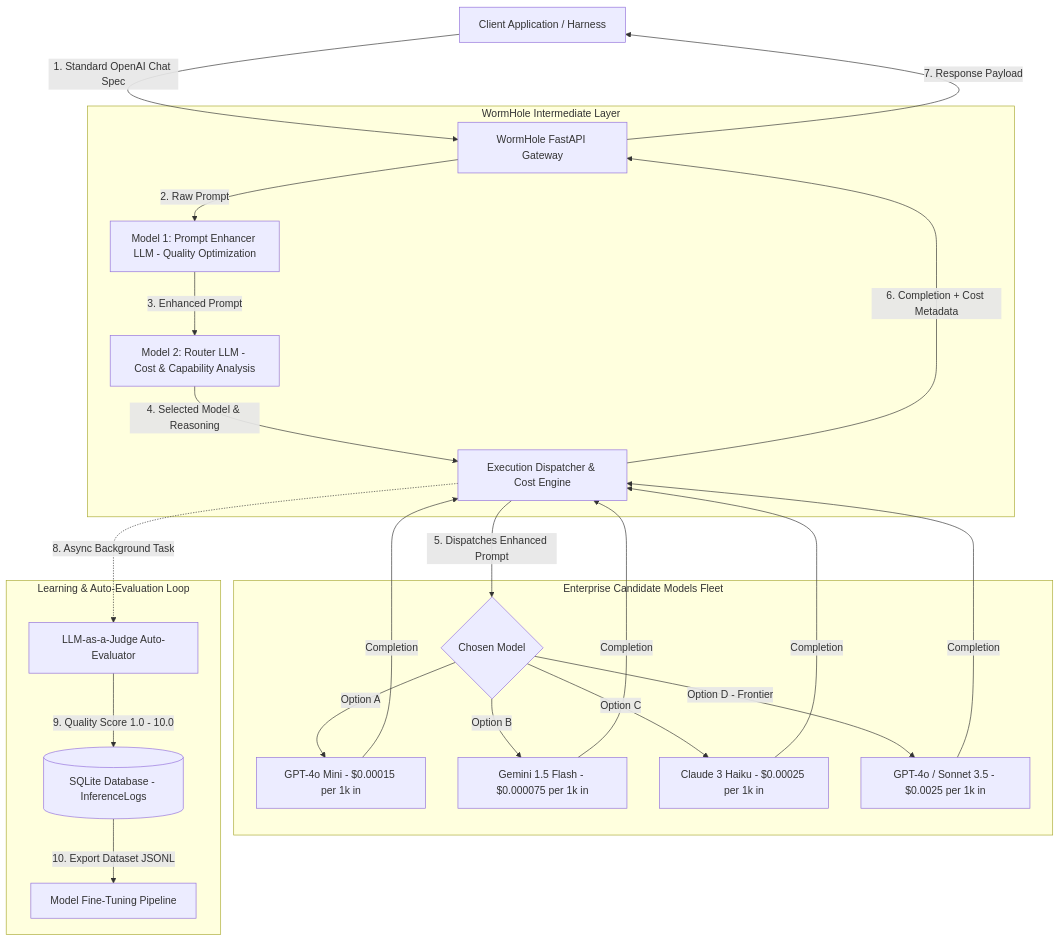
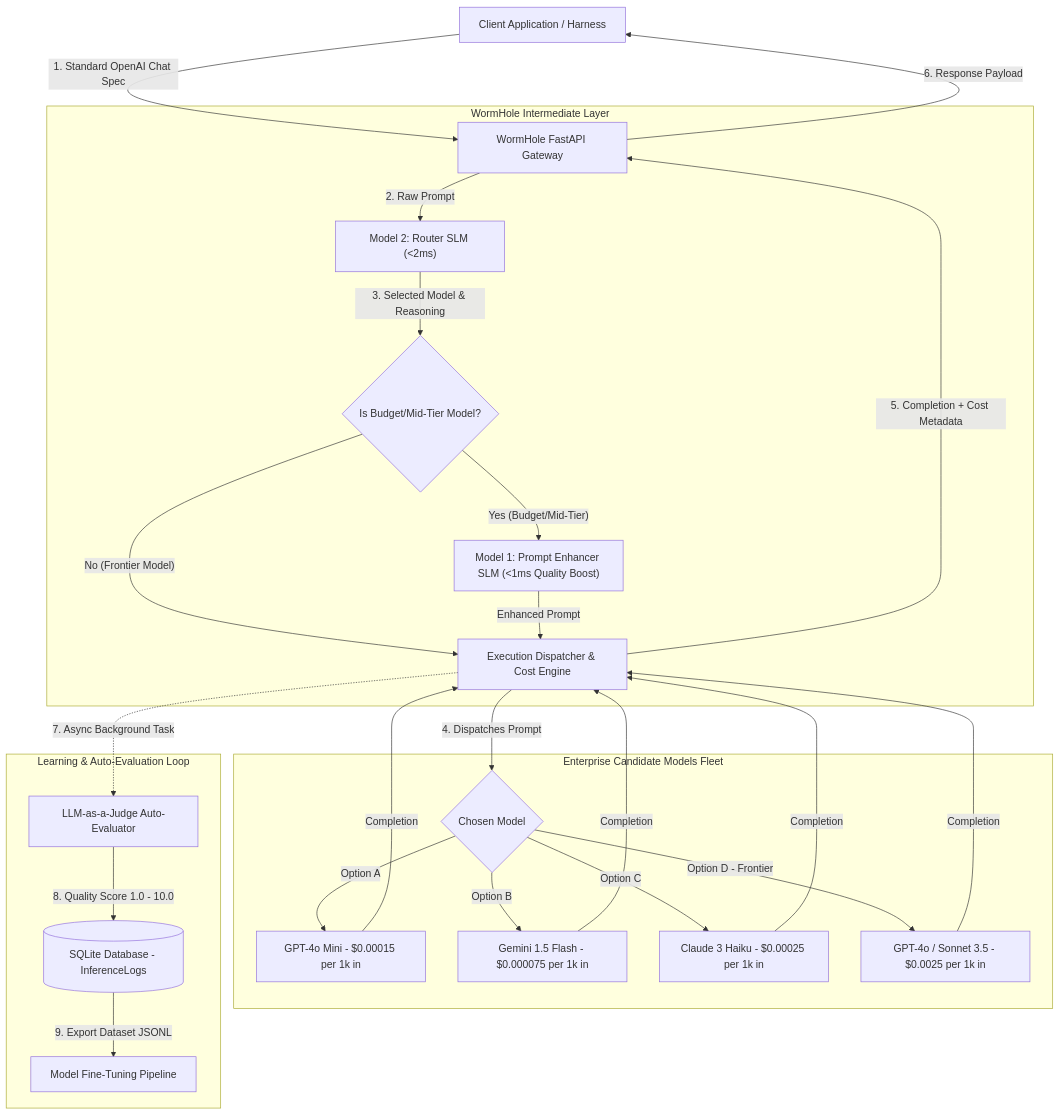
The diagram in README.md (vencat2025/Wormhole), drawn with Mermaid before and after one commit. The commit also changed other lines of this file and 2 other files, not shown here.

Commit message:
refactor: implement selective prompt enhancement pipeline (route first, enhance only for budget/mid-tier models)

````diff
--- a/README.md
+++ b/README.md
@@ -15,37 +15,39 @@
 ```mermaid
 graph TD
     %% Client & Gateway
     Client["Client Application / Harness"] -->|"1. Standard OpenAI Chat Spec"| GW["WormHole FastAPI Gateway"]
     
     %% Intermediate Layer
     subgraph Intermediate ["WormHole Intermediate Layer"]
-        GW -->|"2. Raw Prompt"| Enhancer["Model 1: Prompt Enhancer LLM - Quality Optimization"]
-        Enhancer -->|"3. Enhanced Prompt"| Router["Model 2: Router LLM - Cost & Capability Analysis"]
-        Router -->|"4. Selected Model & Reasoning"| Dispatcher["Execution Dispatcher & Cost Engine"]
+        GW -->|"2. Raw Prompt"| Router["Model 2: Router SLM (<2ms)"]
+        Router -->|"3. Selected Model & Reasoning"| Decision{"Is Budget/Mid-Tier Model?"}
+        Decision -->|"Yes (Budget/Mid-Tier)"| Enhancer["Model 1: Prompt Enhancer SLM (<1ms Quality Boost)"]
+        Decision -->|"No (Frontier Model)"| Dispatcher["Execution Dispatcher & Cost Engine"]
+        Enhancer -->|"Enhanced Prompt"| Dispatcher
     end
     
     %% Target LLMs Fleet
     subgraph EnterpriseFleet ["Enterprise Candidate Models Fleet"]
-        Dispatcher -->|"5. Dispatches Enhanced Prompt"| Downstream{"Chosen Model"}
+        Dispatcher -->|"4. Dispatches Prompt"| Downstream{"Chosen Model"}
         Downstream -->|"Option A"| GPT4oMini["GPT-4o Mini - $0.00015 per 1k in"]
         Downstream -->|"Option B"| Flash["Gemini 1.5 Flash - $0.000075 per 1k in"]
         Downstream -->|"Option C"| Haiku["Claude 3 Haiku - $0.00025 per 1k in"]
         Downstream -->|"Option D - Frontier"| GPT4o["GPT-4o / Sonnet 3.5 - $0.0025 per 1k in"]
     end
 
     %% Response Delivery
     GPT4oMini -->|"Completion"| Dispatcher
     Flash -->|"Completion"| Dispatcher
     Haiku -->|"Completion"| Dispatcher
     GPT4o -->|"Completion"| Dispatcher
     
-    Dispatcher -->|"6. Completion + Cost Metadata"| GW
-    GW -->|"7. Response Payload"| Client
+    Dispatcher -->|"5. Completion + Cost Metadata"| GW
+    GW -->|"6. Response Payload"| Client
 
     %% Async Feedback & Training Loop
     subgraph FeedbackLoop ["Learning & Auto-Evaluation Loop"]
-        Dispatcher -.->|"8. Async Background Task"| Judge["LLM-as-a-Judge Auto-Evaluator"]
-        Judge -->|"9. Quality Score 1.0 - 10.0"| DB[("SQLite Database - InferenceLogs")]
-        DB -->|"10. Export Dataset JSONL"| FineTuning["Model Fine-Tuning Pipeline"]
+        Dispatcher -.->|"7. Async Background Task"| Judge["LLM-as-a-Judge Auto-Evaluator"]
+        Judge -->|"8. Quality Score 1.0 - 10.0"| DB[("SQLite Database - InferenceLogs")]
+        DB -->|"9. Export Dataset JSONL"| FineTuning["Model Fine-Tuning Pipeline"]
     end
 ```
````
